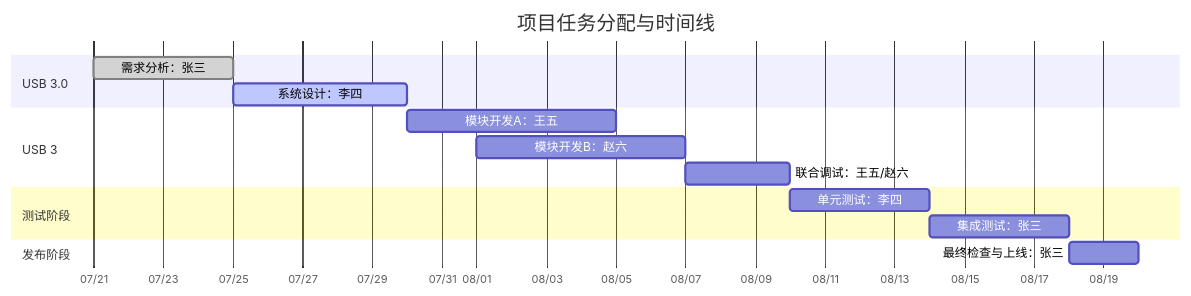
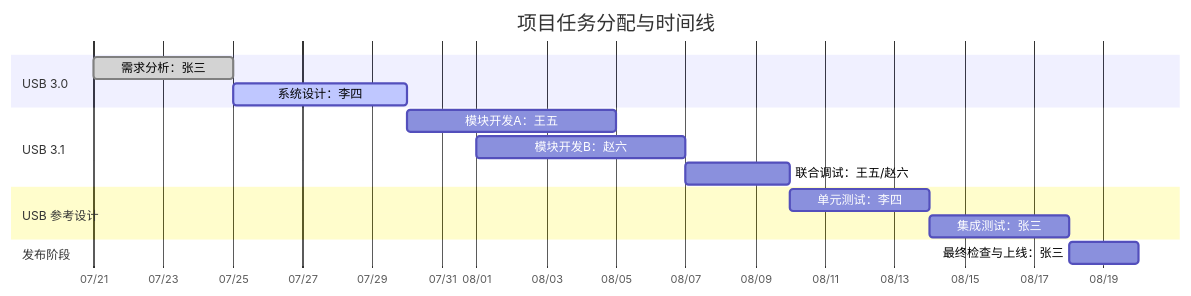
The diagram in all/未命名.md (winsonbook/iodraw-files), drawn with Mermaid before and after one commit.

Commit message:
2025-07-21 09:40:34 update

````diff
--- a/all/未命名.md
+++ b/all/未命名.md
@@ -1,23 +1,23 @@
 ```mermaid
 gantt
     title 项目任务分配与时间线
     dateFormat  YYYY-MM-DD
     axisFormat  %m/%d
 
     section USB 3.0
     需求分析：张三       :done,    task1, 2025-07-21, 4d
     系统设计：李四       :active,  task2, 2025-07-25, 5d
 
-    section USB 3
+    section USB 3.1
     模块开发A：王五      :         task3, 2025-07-30, 6d
     模块开发B：赵六      :         task4, 2025-08-01, 6d
     联合调试：王五/赵六  :         task5, 2025-08-07, 3d
 
-    section 测试阶段
+    section USB 参考设计
     单元测试：李四       :         task6, 2025-08-10, 4d
     集成测试：张三       :         task7, 2025-08-14, 4d
 
     section 发布阶段
     最终检查与上线：张三 :         task8, 2025-08-18, 2d
 
 ```
````
